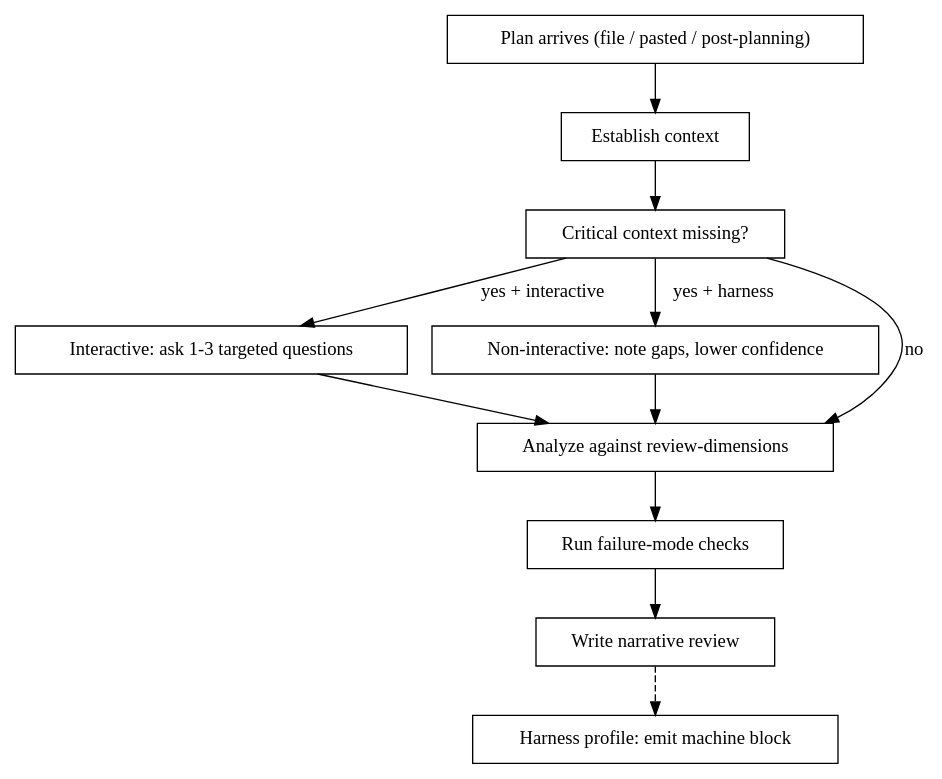
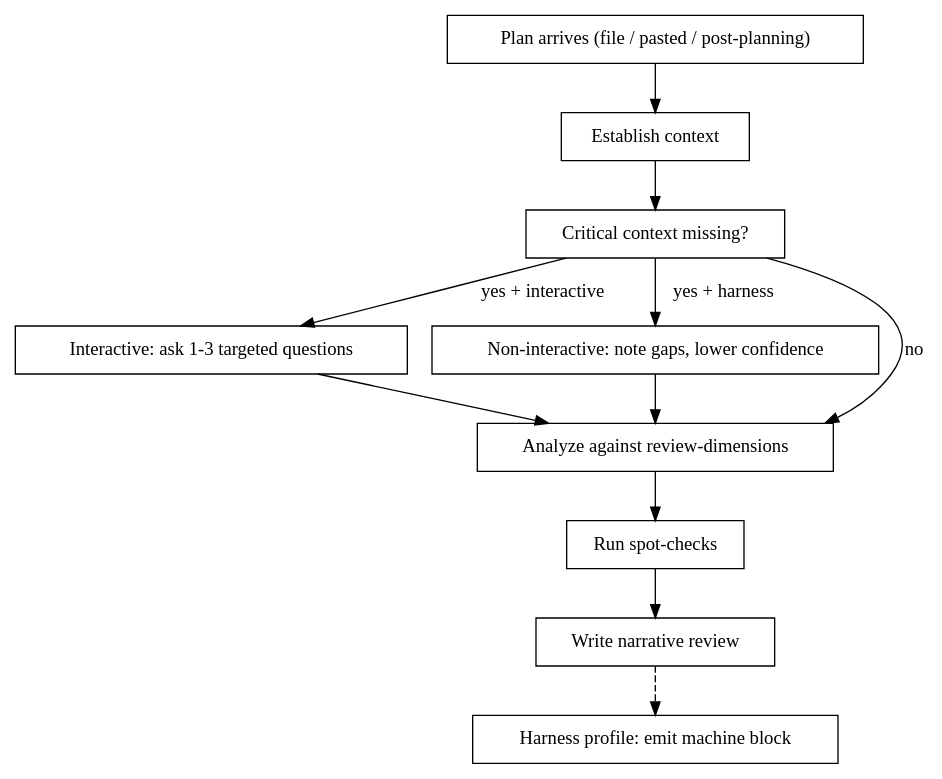
One commit to yakovlev-alexey/skills changed the diagram in facilitation-review/SKILL.md. Above: the diagram before and after it, drawn with Graphviz. The commit also changed other lines of this file and 27 other files, not shown here.

First line of the commit message:
Improve facilitation-review rubric and re-run E2E harness.

````diff
--- a/facilitation-review/SKILL.md
+++ b/facilitation-review/SKILL.md
@@ -52,15 +52,15 @@
 ```dot
 digraph review_flow {
   rankdir=TB; node [shape=box];
   "Plan arrives (file / pasted / post-planning)" -> "Establish context";
   "Establish context" -> "Critical context missing?";
   "Critical context missing?" -> "Interactive: ask 1-3 targeted questions" [label="yes + interactive"];
   "Critical context missing?" -> "Non-interactive: note gaps, lower confidence" [label="yes + harness"];
   "Critical context missing?" -> "Analyze against review-dimensions" [label="no"];
   "Interactive: ask 1-3 targeted questions" -> "Analyze against review-dimensions";
   "Non-interactive: note gaps, lower confidence" -> "Analyze against review-dimensions";
-  "Analyze against review-dimensions" -> "Run failure-mode checks";
-  "Run failure-mode checks" -> "Write narrative review";
+  "Analyze against review-dimensions" -> "Run spot-checks";
+  "Run spot-checks" -> "Write narrative review";
   "Write narrative review" -> "Harness profile: emit machine block" [style=dashed];
 }
 ```
````
